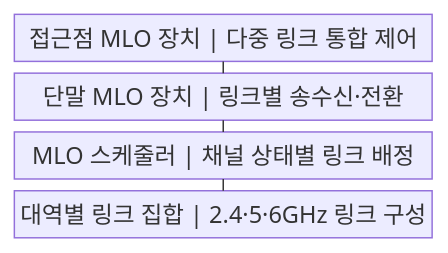
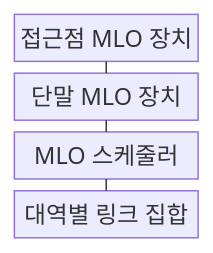
One commit to agnusdei1207/knowledge-base changed the first of 2 diagrams in src/content/docs/notes/04-network/033_wi_fi_7.md. Above: the diagram before and after it, drawn with Mermaid. The commit also changed 122 other files, not shown here.

````diff
--- a/src/content/docs/notes/04-network/033_wi_fi_7.md
+++ b/src/content/docs/notes/04-network/033_wi_fi_7.md
@@ -52,11 +52,11 @@
 ```mermaid
-block
+block-beta
     columns 1
-    A["접근점 MLO 장치 | 다중 링크 통합 제어"]
-    B["단말 MLO 장치 | 링크별 송수신·전환"]
-    C["MLO 스케줄러 | 채널 상태별 링크 배정"]
-    D["대역별 링크 집합 | 2.4·5·6GHz 링크 구성"]
+    A["접근점 MLO 장치"]
+    B["단말 MLO 장치"]
+    C["MLO 스케줄러"]
+    D["대역별 링크 집합"]
     A --- B
     B --- C
     C --- D
 ```
````
